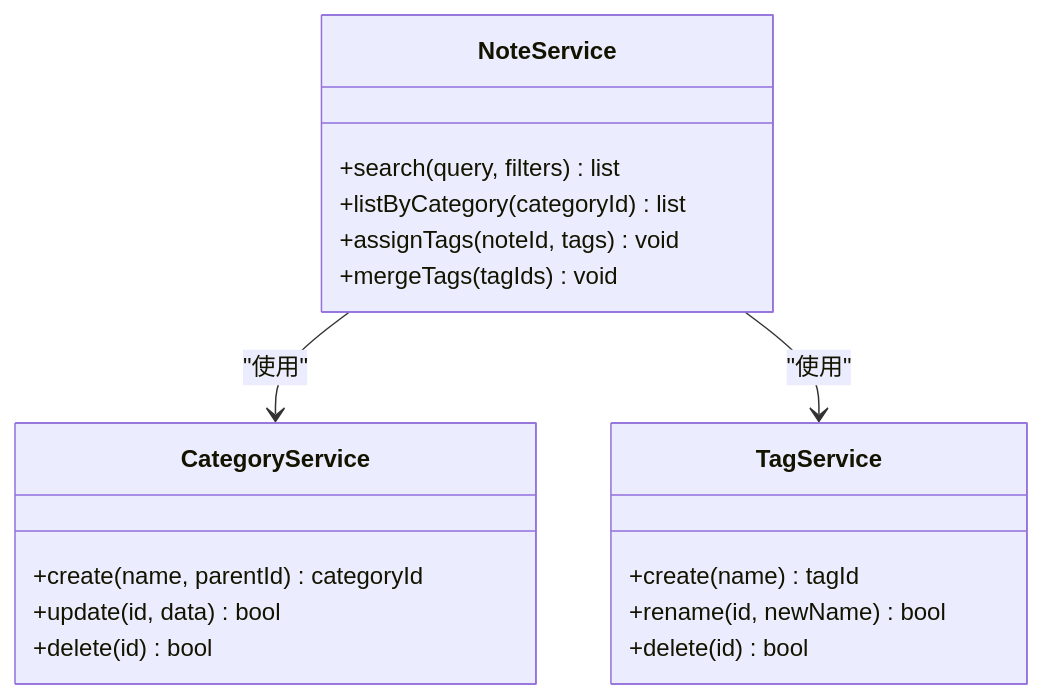
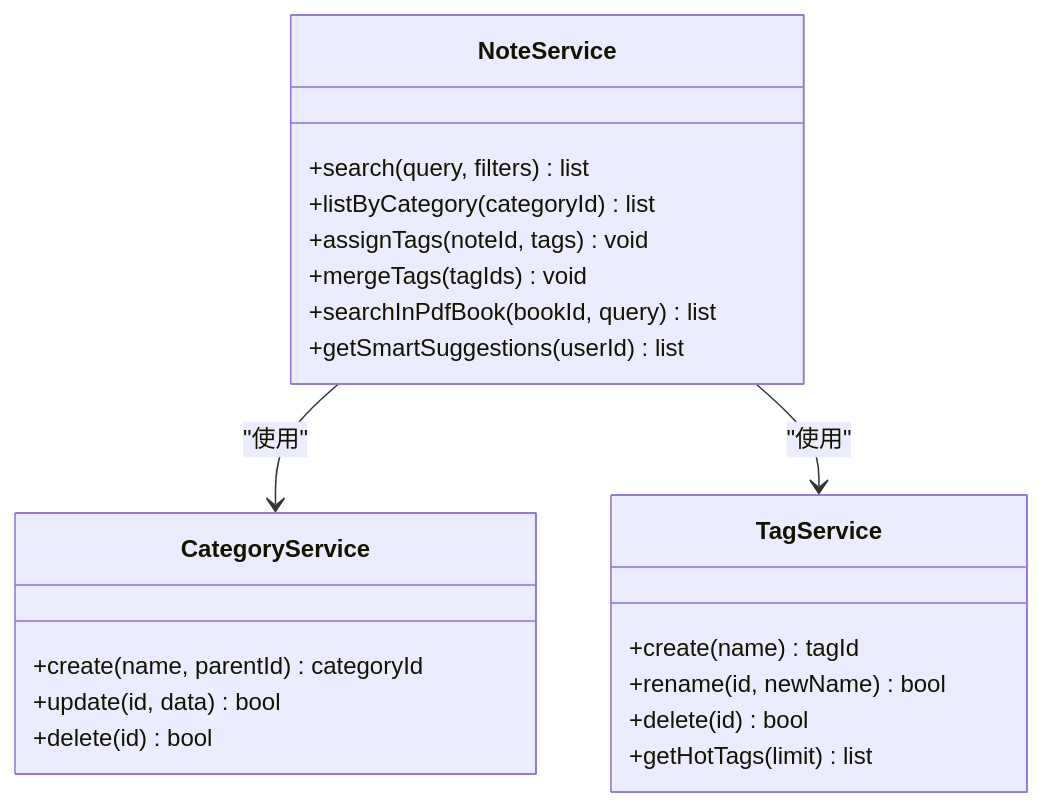
Before and after one commit to abokyoy/LectureLearnLoop: the seventh of 12 diagrams in .qoder/repowiki/zh/content/后端架构/路由设计/笔记管理路由.md, drawn with Mermaid. The commit also changed other lines of this file and 91 other files, not shown here.

````diff
--- a/.qoder/repowiki/zh/content/后端架构/路由设计/笔记管理路由.md
+++ b/.qoder/repowiki/zh/content/后端架构/路由设计/笔记管理路由.md
@@ -332,21 +367,24 @@
 ```mermaid
 classDiagram
 class NoteService {
 +search(query, filters) list
 +listByCategory(categoryId) list
 +assignTags(noteId, tags) void
 +mergeTags(tagIds) void
++searchInPdfBook(bookId, query) list
++getSmartSuggestions(userId) list
 }
 class CategoryService {
 +create(name, parentId) categoryId
 +update(id, data) bool
 +delete(id) bool
 }
 class TagService {
 +create(name) tagId
 +rename(id, newName) bool
 +delete(id) bool
++getHotTags(limit) list
 }
 NoteService --> CategoryService : "使用"
 NoteService --> TagService : "使用"
 ```
````
